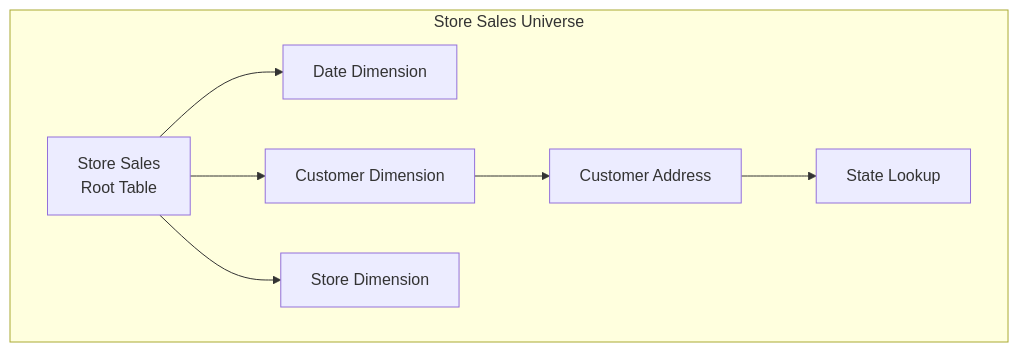
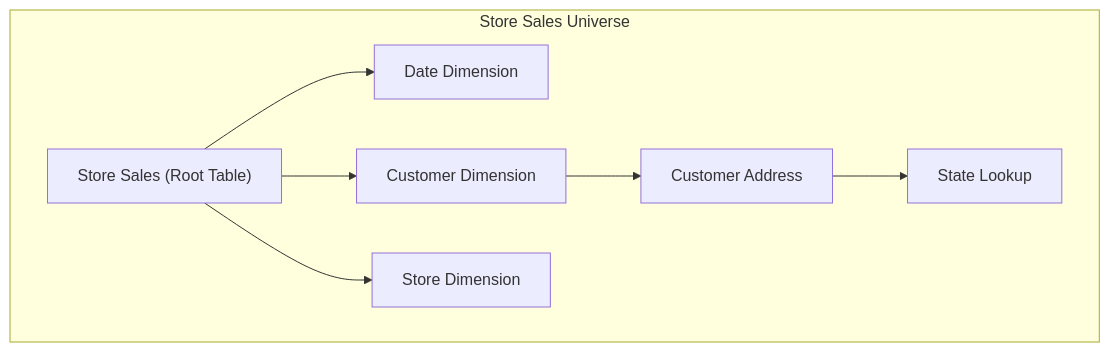
Before and after one commit to stratasite/developer-docs: the diagram in docs/advanced/universe-formation.mdx, drawn with Mermaid. The commit also changed other lines of this file and 7 other files, not shown here.

First line of the commit message:
Enhance Docusaurus configuration and documentation for Mermaid integration

````diff
--- a/docs/advanced/universe-formation.mdx
+++ b/docs/advanced/universe-formation.mdx
@@ -21,11 +21,11 @@
 ```mermaid
 flowchart TD
-    subgraph Universe[Store Sales Universe]
-        SS[Store Sales<br/>Root Table]
-        SS --> D[Date Dimension]
-        SS --> C[Customer Dimension]
-        SS --> S[Store Dimension]
-        C --> CA[Customer Address]
-        CA --> ST[State Lookup]
+    subgraph StoreSalesUniverse["Store Sales Universe"]
+        SS["Store Sales (Root Table)"]
+        SS --> D["Date Dimension"]
+        SS --> C["Customer Dimension"]
+        SS --> S["Store Dimension"]
+        C --> CA["Customer Address"]
+        CA --> ST["State Lookup"]
     end
 ```
````
